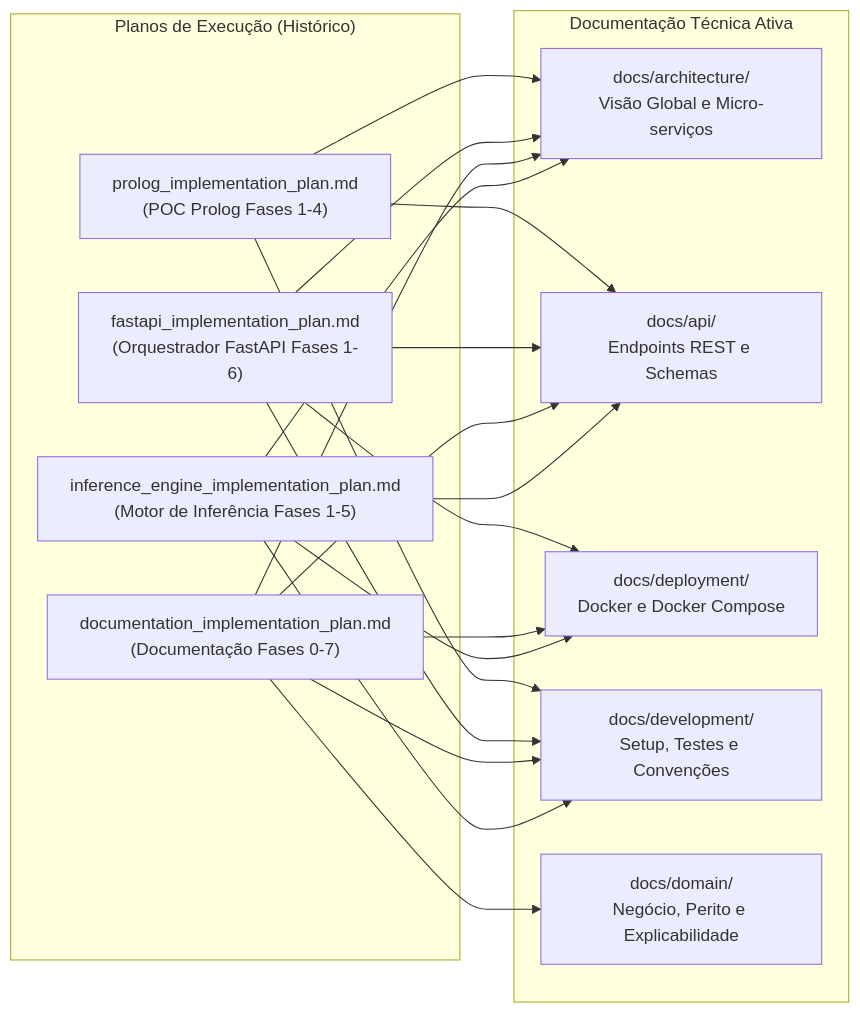
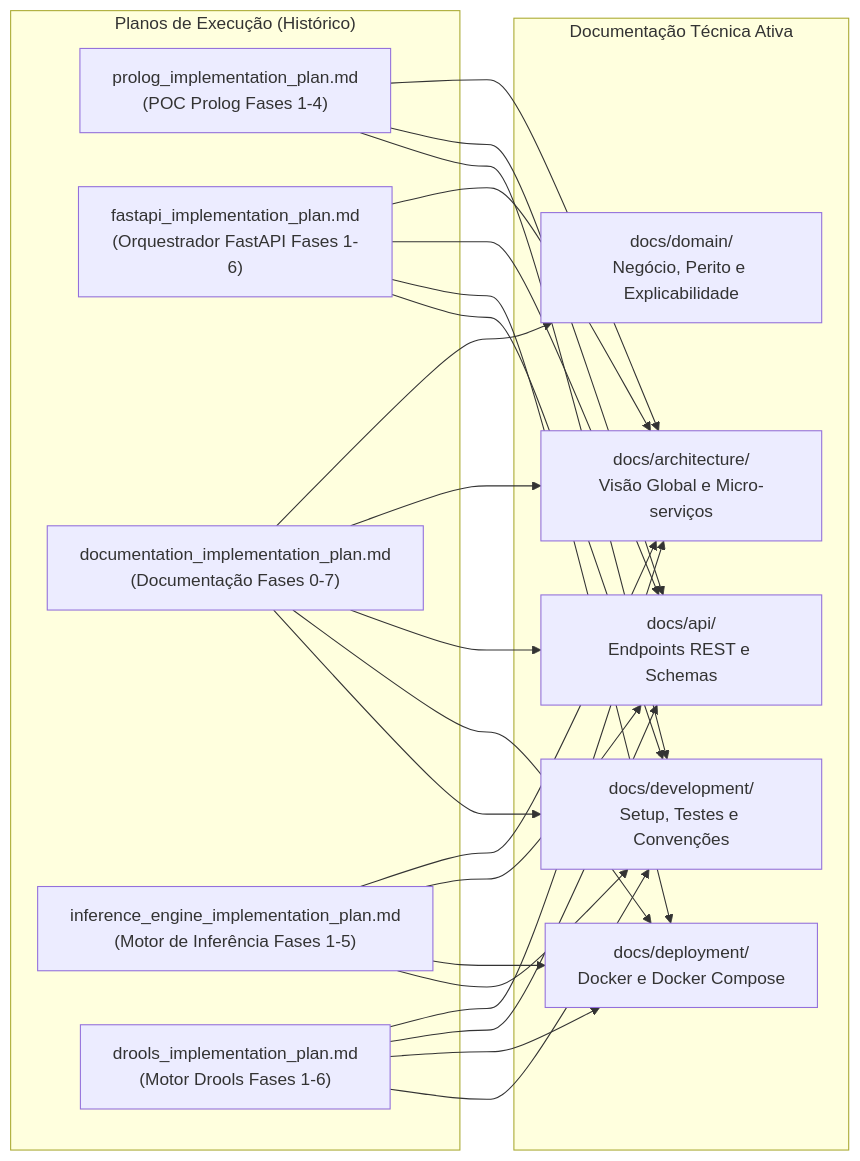
Before and after one commit to Santiago-1211173/meia-equipa3-challenge1-26_27: the diagram in docs/history/README.md, drawn with Mermaid. The commit also changed other lines of this file and 23 other files, not shown here.

Commit message:
docs: add comprehensive documentation for architecture, API, deployment, and development guides

````diff
--- a/docs/history/README.md
+++ b/docs/history/README.md
@@ -32,37 +33,43 @@
 ```mermaid
 graph LR
     subgraph PlanosHistoricos ["Planos de Execução (Histórico)"]
         H_PL["prolog_implementation_plan.md<br/>(POC Prolog Fases 1-4)"]
         H_PY["fastapi_implementation_plan.md<br/>(Orquestrador FastAPI Fases 1-6)"]
         H_DOC["documentation_implementation_plan.md<br/>(Documentação Fases 0-7)"]
         H_INF["inference_engine_implementation_plan.md<br/>(Motor de Inferência Fases 1-5)"]
+        H_DRL["drools_implementation_plan.md<br/>(Motor Drools Fases 1-6)"]
     end
 
     subgraph DocsAtivos ["Documentação Técnica Ativa"]
         ARCH["docs/architecture/<br/>Visão Global e Micro-serviços"]
         API["docs/api/<br/>Endpoints REST e Schemas"]
         DEP["docs/deployment/<br/>Docker e Docker Compose"]
         DEV["docs/development/<br/>Setup, Testes e Convenções"]
         DOM["docs/domain/<br/>Negócio, Perito e Explicabilidade"]
     end
 
     H_PL --> ARCH
     H_PL --> API
     H_PL --> DEV
 
     H_PY --> ARCH
     H_PY --> API
     H_PY --> DEP
     H_PY --> DEV
 
     H_DOC --> DOM
     H_DOC --> ARCH
     H_DOC --> API
     H_DOC --> DEP
     H_DOC --> DEV
 
     H_INF --> ARCH
     H_INF --> API
     H_INF --> DEP
     H_INF --> DEV
+
+    H_DRL --> ARCH
+    H_DRL --> API
+    H_DRL --> DEP
+    H_DRL --> DEV
 ```
````
